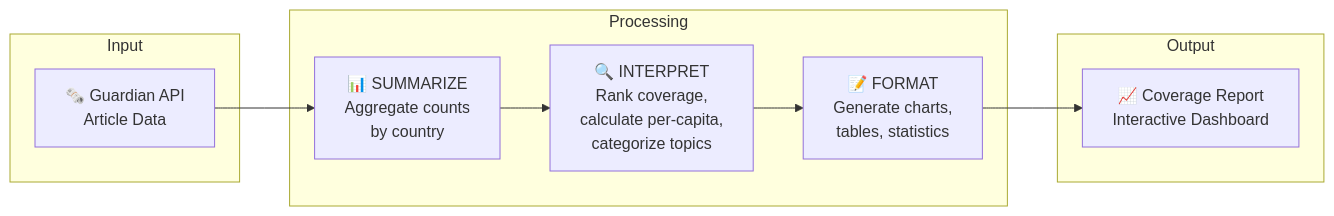
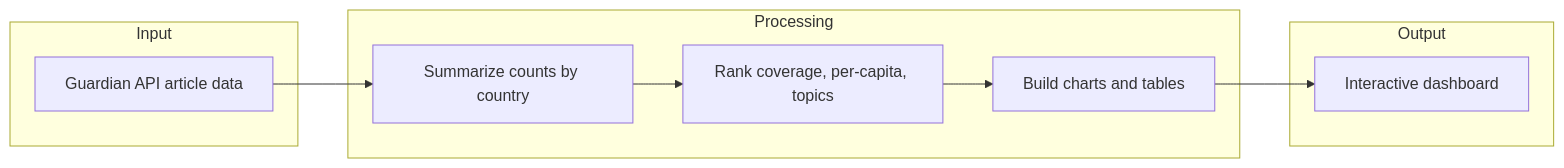
Before and after one commit to vvnu0/sysen5381: the first of 4 diagrams in 04_deployment/app/README.md, drawn with Mermaid. The commit also changed other lines of this file and 5 other files, not shown here.

First line of the commit message:
Update deployment app: RAG guardian, agent workflow, README, requirements; add dashboard_rag.db

````diff
--- a/04_deployment/app/README.md
+++ b/04_deployment/app/README.md
@@ -48,18 +63,18 @@
 ```mermaid
 flowchart LR
     subgraph Input
-        A[🗞️ Guardian API<br>Article Data]
+        A[Guardian API article data]
     end
 
     subgraph Processing
-        B[📊 SUMMARIZE<br>Aggregate counts<br>by country]
-        C[🔍 INTERPRET<br>Rank coverage,<br>calculate per-capita,<br>categorize topics]
-        D[📝 FORMAT<br>Generate charts,<br>tables, statistics]
+        B[Summarize counts by country]
+        C[Rank coverage, per-capita, topics]
+        D[Build charts and tables]
     end
 
     subgraph Output
-        E[📈 Coverage Report<br>Interactive Dashboard]
+        E[Interactive dashboard]
     end
 
     A --> B --> C --> D --> E
 ```
````
